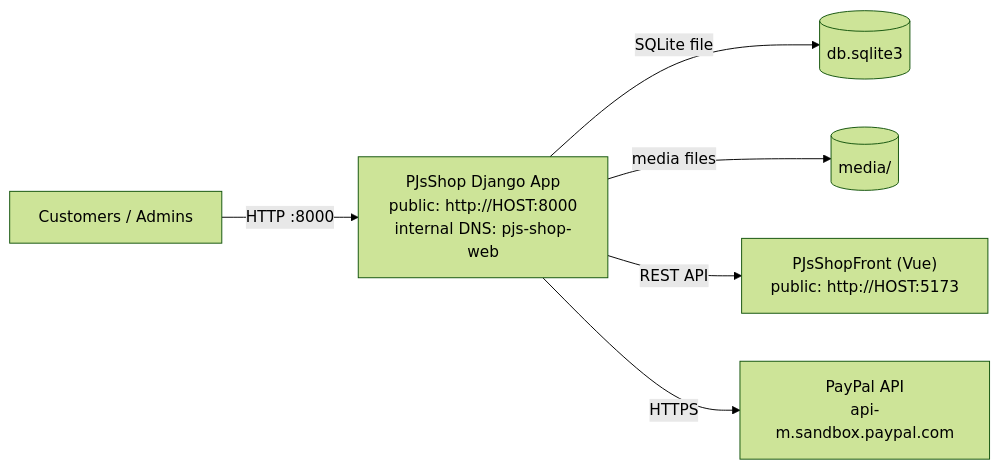
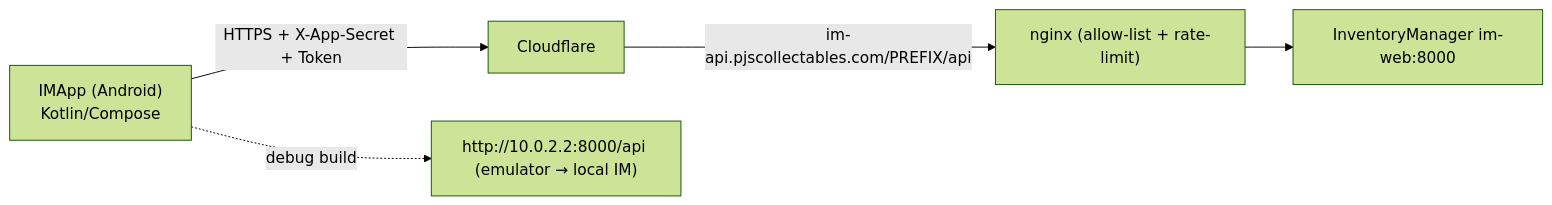
Before and after one commit to MKRO-JWL/pjs-ecosystem-docs: the ninth of 9 diagrams in SOFTWARE_ECOSYSTEM.md, drawn with Mermaid (forest theme). The commit also changed other lines of this file, not shown here.

````diff
--- a/SOFTWARE_ECOSYSTEM.md
+++ b/SOFTWARE_ECOSYSTEM.md
@@ -808,8 +968,7 @@
 ```mermaid
 flowchart LR
-    Browser["Customers / Admins"] -->|HTTP :8000| Web["PJsShop Django App<br/>public: http://HOST:8000<br/>internal DNS: pjs-shop-web"]
-    Web -->|SQLite file| DB[(db.sqlite3)]
-    Web -->|media files| Media[(media/)]
-    Web -->|REST API| Frontend["PJsShopFront (Vue)<br/>public: http://HOST:5173"]
-    Web -->|HTTPS| PayPal["PayPal API<br/>api-m.sandbox.paypal.com"]
+    Phone["IMApp (Android)<br/>Kotlin/Compose"] -->|HTTPS + X-App-Secret + Token| CF["Cloudflare"]
+    CF -->|im-api.pjscollectables.com/PREFIX/api| NGINX["nginx (allow-list + rate-limit)"]
+    NGINX --> IM["InventoryManager im-web:8000"]
+    Phone -.->|debug build| Emu["http://10.0.2.2:8000/api (emulator → local IM)"]
 ```
````
